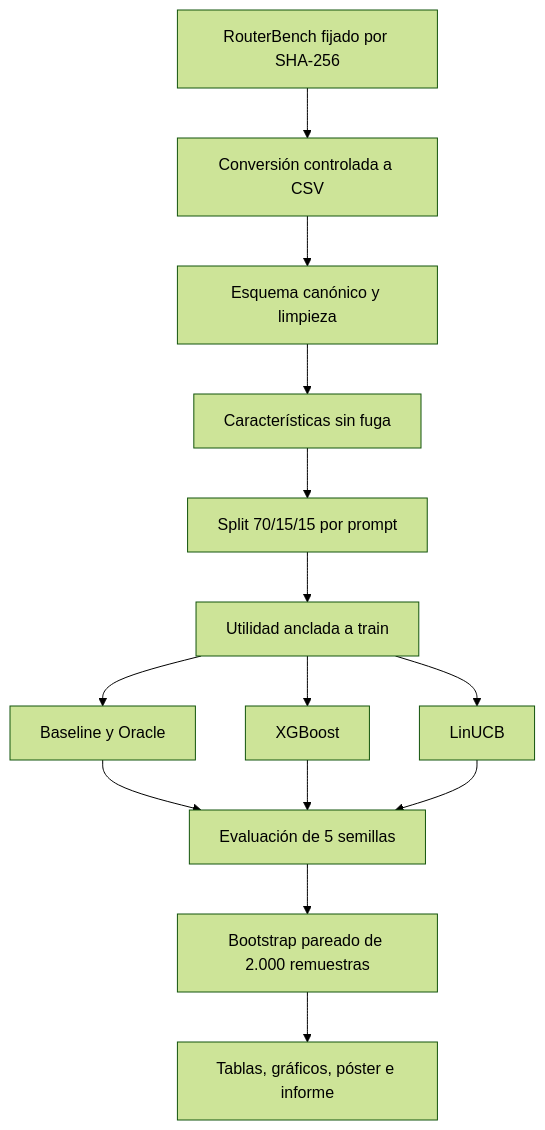
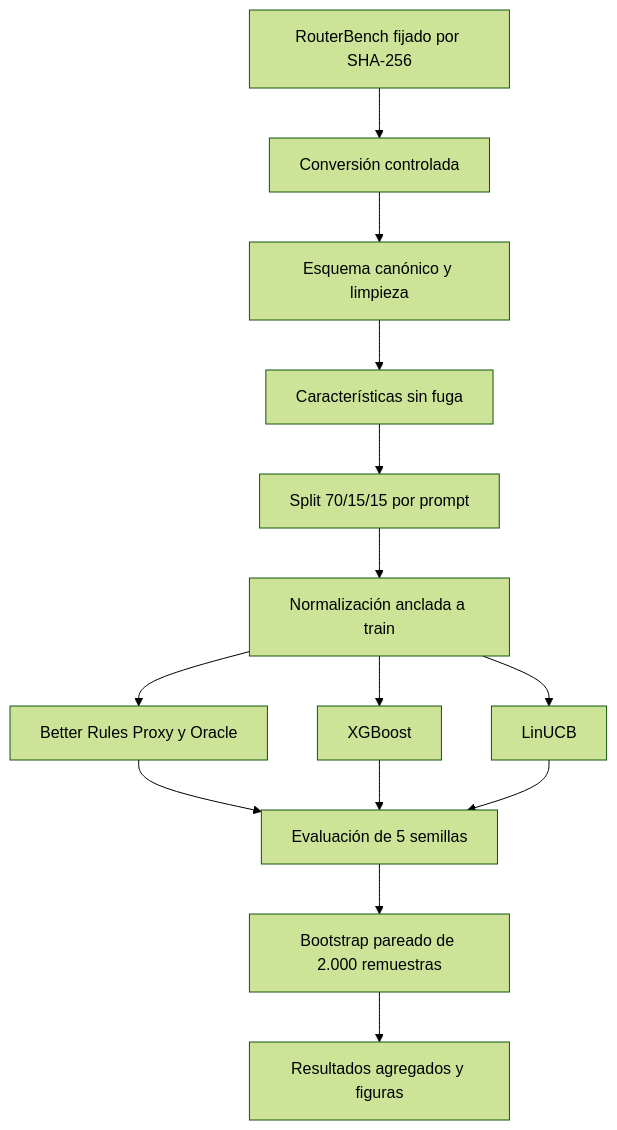
Before and after one commit to FitoFritzG/better-router-adaptive-research: the second of 2 diagrams in README.md, drawn with Mermaid (forest theme). The commit also changed other lines of this file and 9 other files, not shown here.

````diff
--- a/README.md
+++ b/README.md
@@ -56,16 +78,16 @@
 ```mermaid
 flowchart TD
-    A[RouterBench fijado por SHA-256] --> B[Conversión controlada a CSV]
+    A[RouterBench fijado por SHA-256] --> B[Conversión controlada]
     B --> C[Esquema canónico y limpieza]
     C --> D[Características sin fuga]
     D --> E[Split 70/15/15 por prompt]
-    E --> F[Utilidad anclada a train]
-    F --> G[Baseline y Oracle]
+    E --> F[Normalización anclada a train]
+    F --> G[Better Rules Proxy y Oracle]
     F --> H[XGBoost]
     F --> I[LinUCB]
     G --> J[Evaluación de 5 semillas]
     H --> J
     I --> J
     J --> K[Bootstrap pareado de 2.000 remuestras]
-    K --> L[Tablas, gráficos, póster e informe]
+    K --> L[Resultados agregados y figuras]
 ```
````
